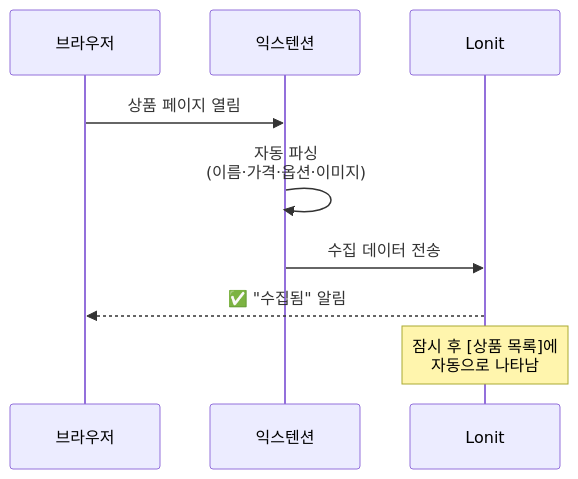
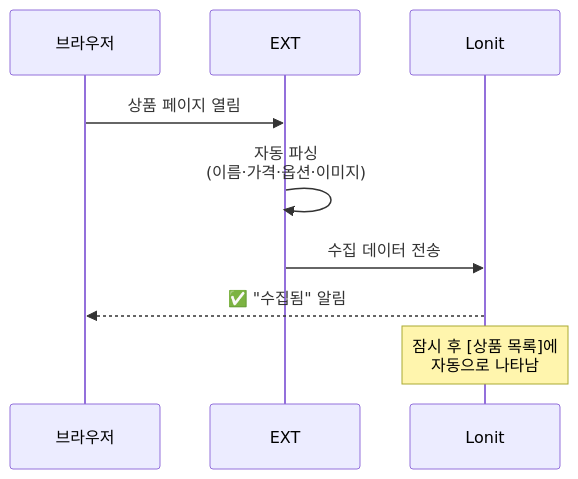
Before and after one commit to cksdud5785-design/lonit-manual: the fifth of 7 diagrams in docs/01-getting-started.md, drawn with Mermaid. The commit also changed other lines of this file and 17 other files, not shown here.

First line of the commit message:
fix: mermaid 한국어 ID → ASCII + 더망고 → T사 일괄 변경

````diff
--- a/docs/01-getting-started.md
+++ b/docs/01-getting-started.md
@@ -193,12 +193,12 @@
 ```mermaid
 sequenceDiagram
     participant B as 브라우저
-    participant E as 익스텐션
+    participant E as EXT
     participant L as Lonit
     
     B->>E: 상품 페이지 열림
     E->>E: 자동 파싱<br>(이름·가격·옵션·이미지)
     E->>L: 수집 데이터 전송
     L-->>B: ✅ "수집됨" 알림
     Note over L: 잠시 후 [상품 목록]에<br>자동으로 나타남
 ```
````
